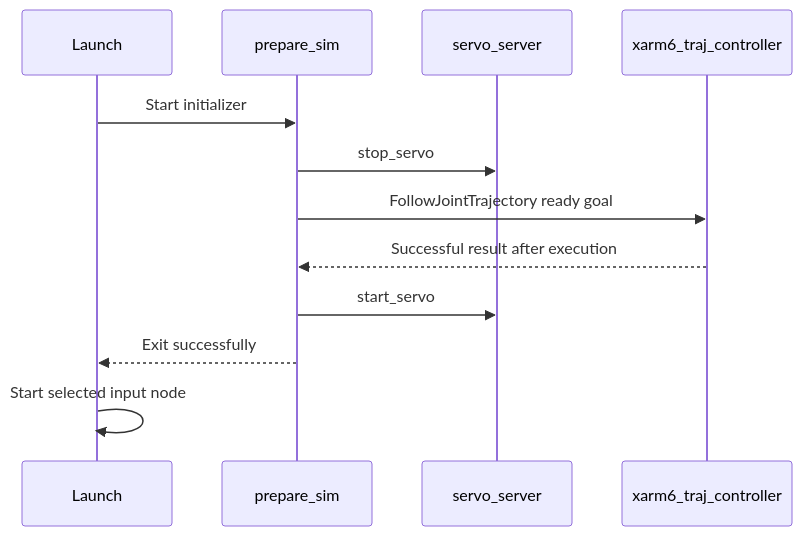
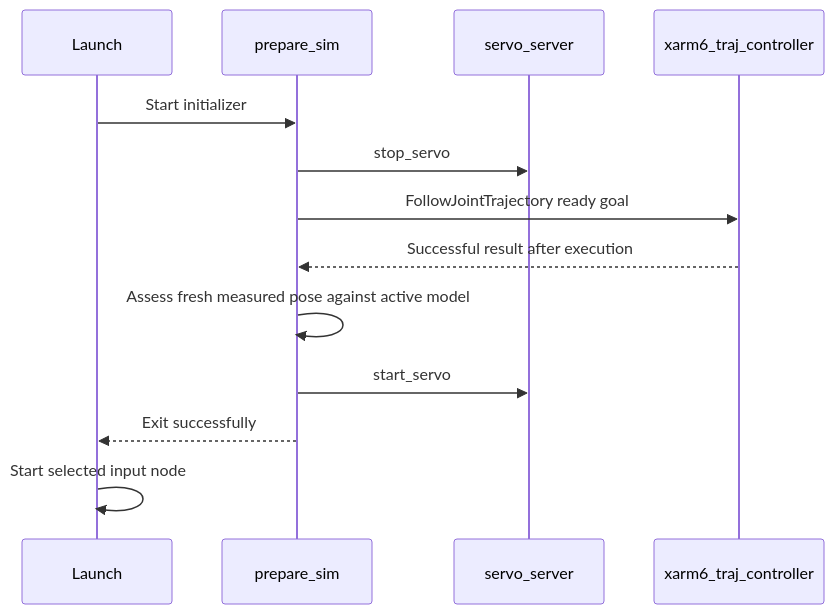
One commit to EthanGopez/HAND changed the third of 3 diagrams in ros_ws/src/hand_teleop/ARCHITECTURE.md. Above: the diagram before and after it, drawn with Mermaid. The commit also changed other lines of this file and 17 other files, not shown here.

Commit message:
Add gated singularity recovery and measured startup pose checks

````diff
--- a/ros_ws/src/hand_teleop/ARCHITECTURE.md
+++ b/ros_ws/src/hand_teleop/ARCHITECTURE.md
@@ -310,14 +310,15 @@
 ```mermaid
 sequenceDiagram
     participant Launch
     participant Prepare as prepare_sim
     participant Servo as servo_server
     participant Controller as xarm6_traj_controller
     Launch->>Prepare: Start initializer
     Prepare->>Servo: stop_servo
     Prepare->>Controller: FollowJointTrajectory ready goal
     Controller-->>Prepare: Successful result after execution
+    Prepare->>Prepare: Assess fresh measured pose against active model
     Prepare->>Servo: start_servo
     Prepare-->>Launch: Exit successfully
     Launch->>Launch: Start selected input node
 ```
````
